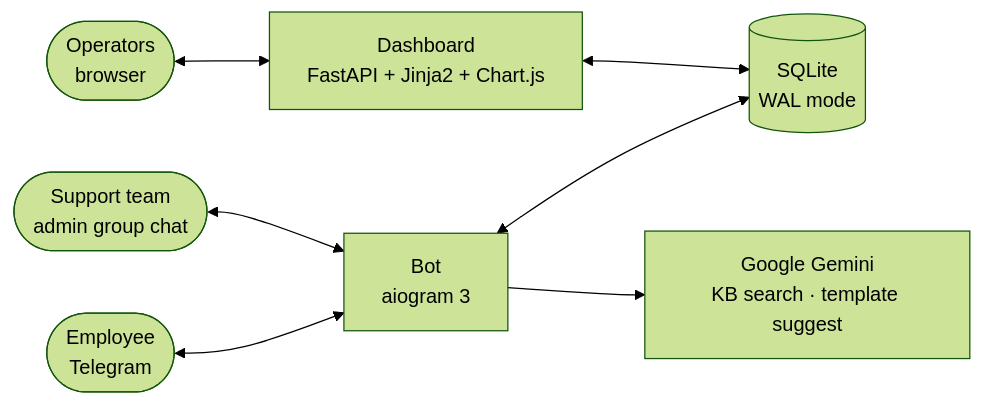
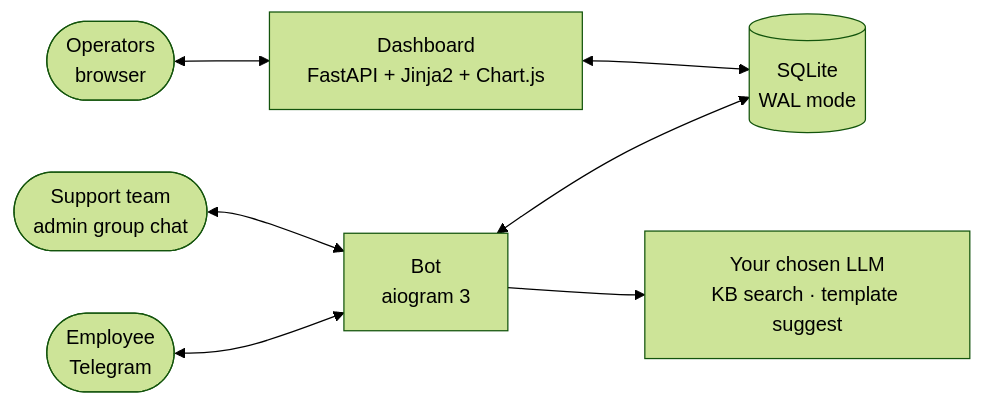
Before and after one commit to spooldesk/spool: the diagram in README.md, drawn with Mermaid (forest theme). The commit also changed other lines of this file and 20 other files, not shown here.

````diff
--- a/README.md
+++ b/README.md
@@ -142,9 +144,9 @@
 ```mermaid
 flowchart LR
     U([Employee<br/>Telegram]) <--> B[Bot<br/>aiogram 3]
     A([Support team<br/>admin group chat]) <--> B
     B <--> DB[(SQLite<br/>WAL mode)]
-    B --> G[Google Gemini<br/>KB search · template suggest]
+    B --> G[Your chosen LLM<br/>KB search · template suggest]
     D[Dashboard<br/>FastAPI + Jinja2 + Chart.js] <--> DB
     O([Operators<br/>browser]) <--> D
 ```
````
